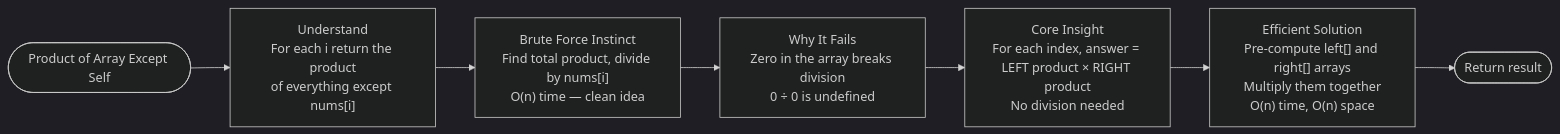
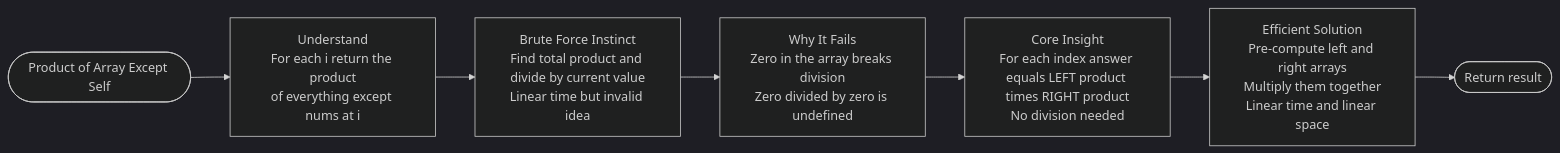
Before and after one commit to M-F-Tushar/LeetCode-Problem-Solving: the third of 15 diagrams in 8 - Product of Array Except Self/README.md, drawn with Mermaid (dark theme). The commit also changed other lines of this file, not shown here.

````diff
--- a/8 - Product of Array Except Self/README.md
+++ b/8 - Product of Array Except Self/README.md
@@ -76,9 +109,9 @@
 ```mermaid
 flowchart LR
-    START(["Product of Array Except Self"]) --> U["Understand\nFor each i return the product\nof everything except nums[i]"]
-    U --> B["Brute Force Instinct\nFind total product, divide by nums[i]\nO(n) time — clean idea"]
-    B --> F["Why It Fails\nZero in the array breaks division\n0 ÷ 0 is undefined"]
-    F --> I["Core Insight\nFor each index, answer = LEFT product × RIGHT product\nNo division needed"]
-    I --> O["Efficient Solution\nPre-compute left[] and right[] arrays\nMultiply them together\nO(n) time, O(n) space"]
+    START(["Product of Array Except Self"]) --> U["Understand\nFor each i return the product\nof everything except nums at i"]
+    U --> B["Brute Force Instinct\nFind total product and divide by current value\nLinear time but invalid idea"]
+    B --> F["Why It Fails\nZero in the array breaks division\nZero divided by zero is undefined"]
+    F --> I["Core Insight\nFor each index answer equals LEFT product times RIGHT product\nNo division needed"]
+    I --> O["Efficient Solution\nPre-compute left and right arrays\nMultiply them together\nLinear time and linear space"]
     O --> DONE(["Return result"])
 ```
````
